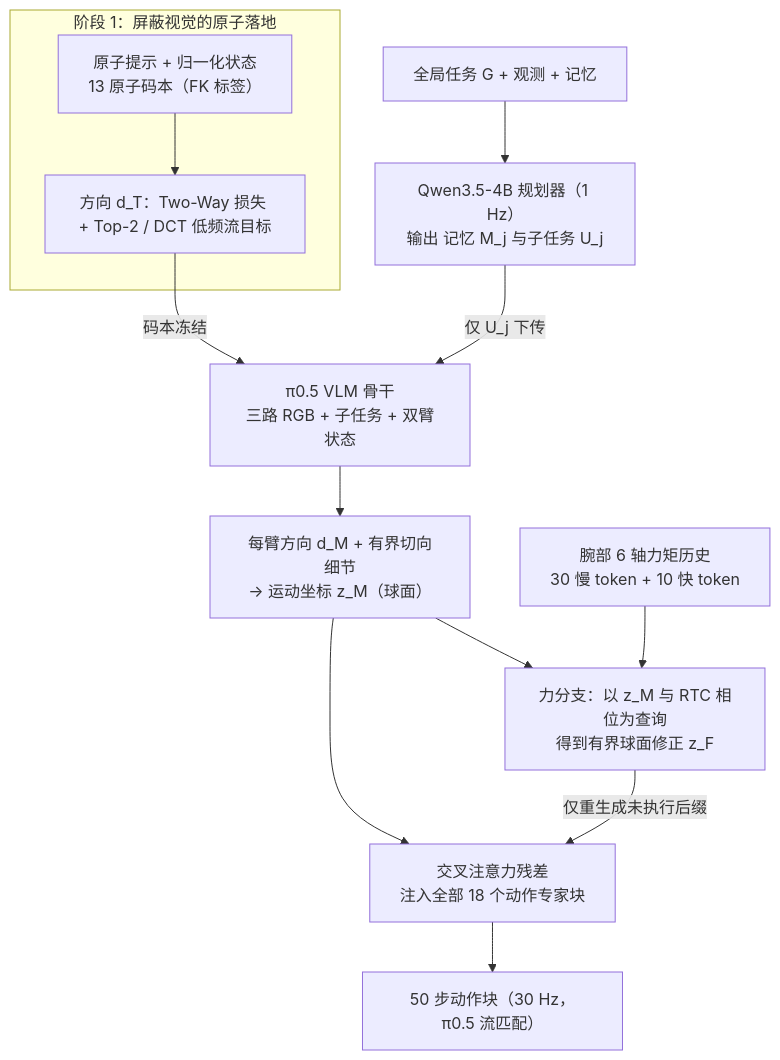
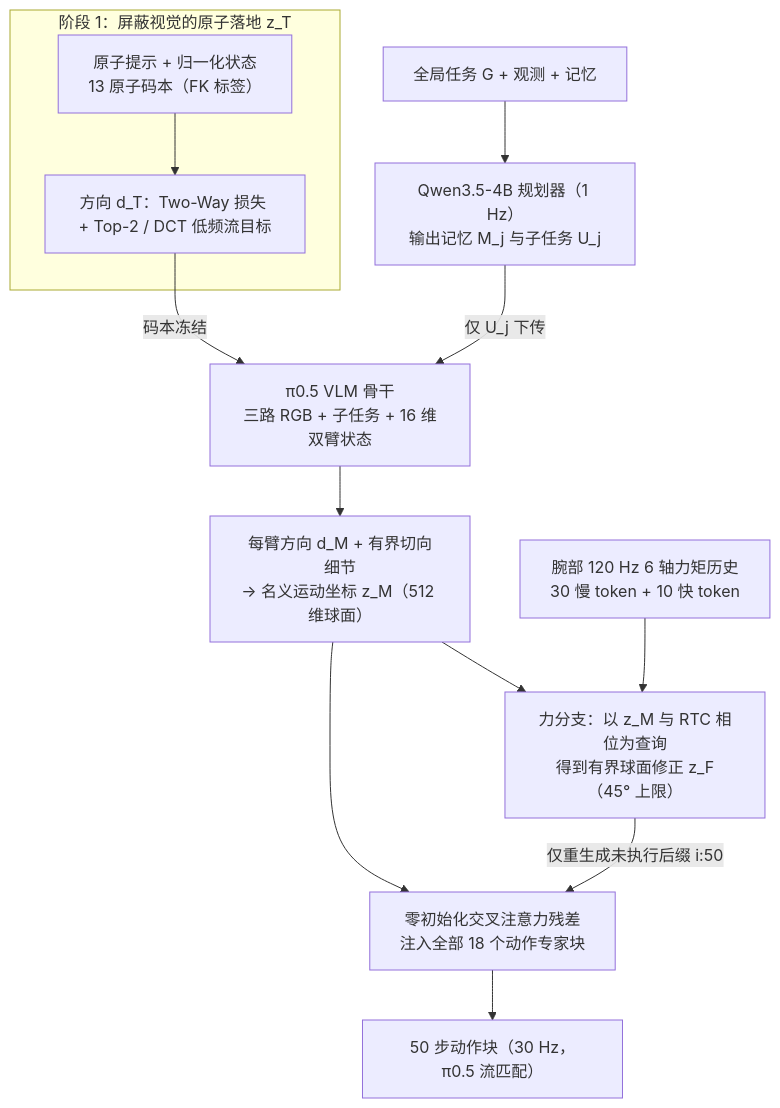
The first of 2 diagrams in wiki/entities/paper-amc.md (ImChong/Robotics_Notebooks), drawn with Mermaid before and after one commit. The commit also changed other lines of this file and 450 other files, not shown here.

Commit message:
[2026-11-22] ingest | sources/ & wiki/ — 补齐 33 家公司路线 165/167 节点一手原文通读、骨架与 Mermaid 图表至 3/3

````diff
--- a/wiki/entities/paper-amc.md
+++ b/wiki/entities/paper-amc.md
@@ -22,15 +53,15 @@
 ```mermaid
 flowchart TD
-    G["全局任务 G + 观测 + 记忆"] --> P["Qwen3.5-4B 规划器（1 Hz）<br/>输出 记忆 M_j 与子任务 U_j"]
-    P -->|仅 U_j 下传| V["π0.5 VLM 骨干<br/>三路 RGB + 子任务 + 双臂状态"]
-    subgraph T1["阶段 1：屏蔽视觉的原子落地"]
+    G["全局任务 G + 观测 + 记忆"] --> P["Qwen3.5-4B 规划器（1 Hz）<br/>输出记忆 M_j 与子任务 U_j"]
+    P -->|仅 U_j 下传| V["π0.5 VLM 骨干<br/>三路 RGB + 子任务 + 16 维双臂状态"]
+    subgraph T1["阶段 1：屏蔽视觉的原子落地 z_T"]
         T["原子提示 + 归一化状态<br/>13 原子码本（FK 标签）"] --> T2["方向 d_T：Two-Way 损失 + Top-2 / DCT 低频流目标"]
     end
     T2 -->|码本冻结| V
-    V --> D["每臂方向 d_M + 有界切向细节<br/>→ 运动坐标 z_M（球面）"]
-    D --> X["交叉注意力残差<br/>注入全部 18 个动作专家块"]
-    W["腕部 6 轴力矩历史<br/>30 慢 token + 10 快 token"] --> F["力分支：以 z_M 与 RTC 相位为查询<br/>得到有界球面修正 z_F"]
+    V --> D["每臂方向 d_M + 有界切向细节<br/>→ 名义运动坐标 z_M（512 维球面）"]
+    D --> X["零初始化交叉注意力残差<br/>注入全部 18 个动作专家块"]
+    W["腕部 120 Hz 6 轴力矩历史<br/>30 慢 token + 10 快 token"] --> F["力分支：以 z_M 与 RTC 相位为查询<br/>得到有界球面修正 z_F（45° 上限）"]
     D --> F
-    F -->|仅重生成未执行后缀| X
+    F -->|仅重生成未执行后缀 i:50| X
     X --> A["50 步动作块（30 Hz，π0.5 流匹配）"]
 ```
````
